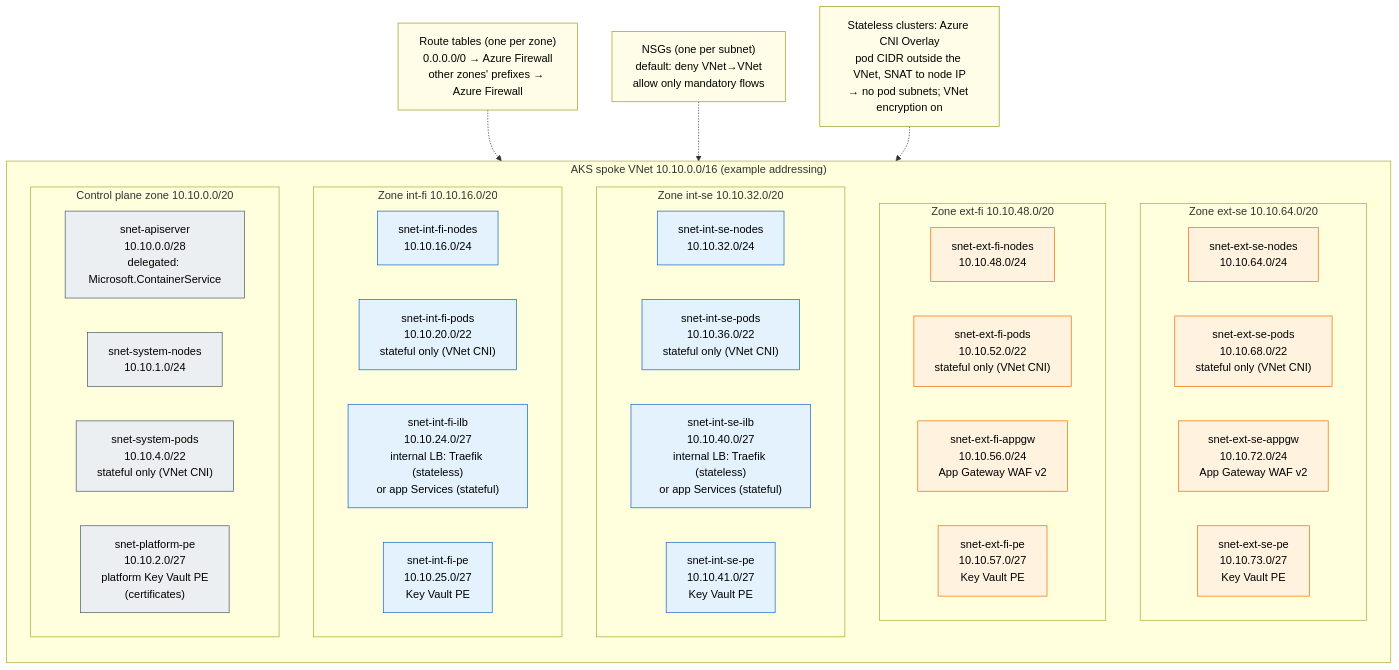
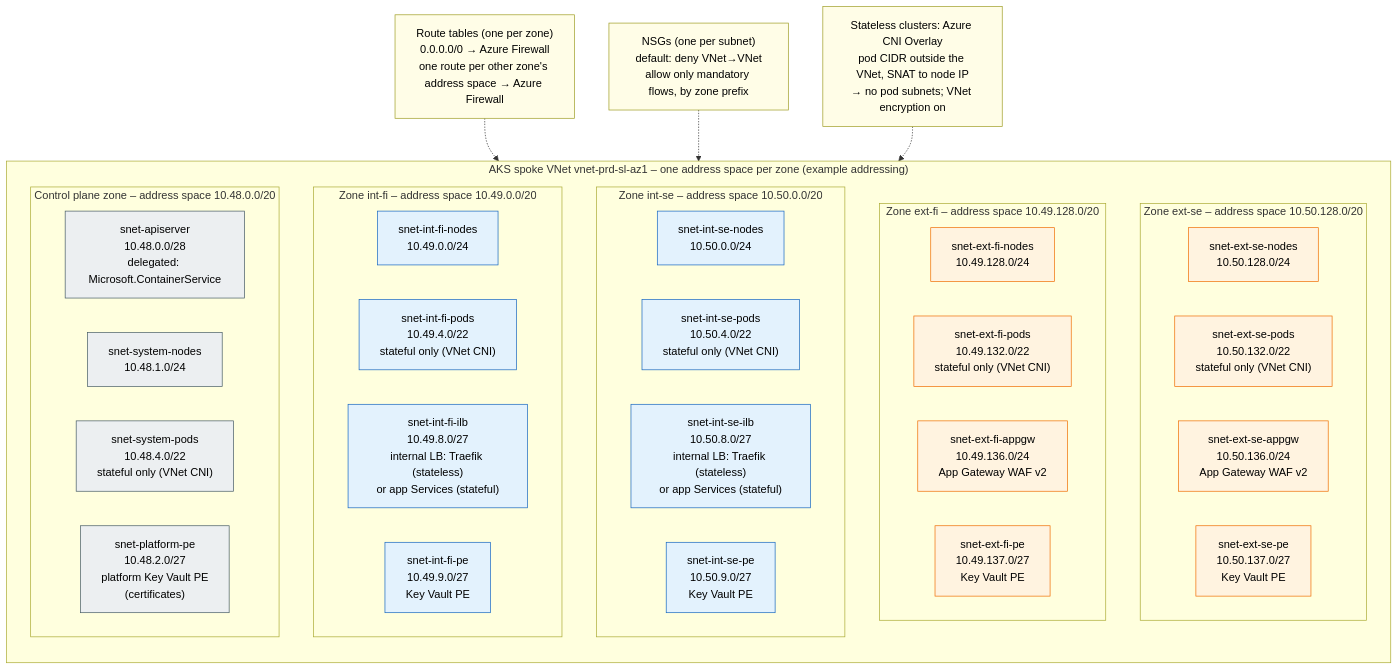
The diagram in diagrams/02-network-subnets.mmd (olljanat-ai/aks-design), drawn with Mermaid before and after one commit. The commit also changed 2 other files, not shown here.

Commit message:
Plan addresses per zone with one VNet address space per zone
Keep one spoke VNet per cluster and give every isolation zone its own
address space, taken from a per-environment /12, per-country /16 and
per-zone /17 plan, so that one prefix describes a zone across all
clusters and new countries can be added online.

Claude-Session: https://claude.ai/code/session_01NR8buaNRQEH92qYGjXJUBX

```diff
--- a/diagrams/02-network-subnets.mmd
+++ b/diagrams/02-network-subnets.mmd
@@ -1,57 +1,58 @@
 %% Subnet layout of the AKS spoke VNet. Every subnet has its own NSG and UDR.
+%% Every zone is its own address space of the VNet, taken from the zone prefix of the address plan (README section 8).
 %% Pod subnets exist only in the stateful cluster (VNet CNI); stateless clusters use Azure CNI Overlay.
 flowchart TB
-    subgraph VNET["AKS spoke VNet 10.10.0.0/16 (example addressing)"]
+    subgraph VNET["AKS spoke VNet vnet-prd-sl-az1 – one address space per zone (example addressing)"]
         direction TB
-        subgraph ESE["Zone ext-se 10.10.64.0/20"]
+        subgraph ESE["Zone ext-se – address space 10.50.128.0/20"]
             direction LR
-            ese_n["snet-ext-se-nodes<br/>10.10.64.0/24"]
-            ese_p["snet-ext-se-pods<br/>10.10.68.0/22<br/>stateful only (VNet CNI)"]
-            ese_i["snet-ext-se-appgw<br/>10.10.72.0/24<br/>App Gateway WAF v2"]
-            ese_pe["snet-ext-se-pe<br/>10.10.73.0/27<br/>Key Vault PE"]
+            ese_n["snet-ext-se-nodes<br/>10.50.128.0/24"]
+            ese_p["snet-ext-se-pods<br/>10.50.132.0/22<br/>stateful only (VNet CNI)"]
+            ese_i["snet-ext-se-appgw<br/>10.50.136.0/24<br/>App Gateway WAF v2"]
+            ese_pe["snet-ext-se-pe<br/>10.50.137.0/27<br/>Key Vault PE"]
         end
-        subgraph EFI["Zone ext-fi 10.10.48.0/20"]
+        subgraph EFI["Zone ext-fi – address space 10.49.128.0/20"]
             direction LR
-            efi_n["snet-ext-fi-nodes<br/>10.10.48.0/24"]
-            efi_p["snet-ext-fi-pods<br/>10.10.52.0/22<br/>stateful only (VNet CNI)"]
-            efi_i["snet-ext-fi-appgw<br/>10.10.56.0/24<br/>App Gateway WAF v2"]
-            efi_pe["snet-ext-fi-pe<br/>10.10.57.0/27<br/>Key Vault PE"]
+            efi_n["snet-ext-fi-nodes<br/>10.49.128.0/24"]
+            efi_p["snet-ext-fi-pods<br/>10.49.132.0/22<br/>stateful only (VNet CNI)"]
+            efi_i["snet-ext-fi-appgw<br/>10.49.136.0/24<br/>App Gateway WAF v2"]
+            efi_pe["snet-ext-fi-pe<br/>10.49.137.0/27<br/>Key Vault PE"]
         end
-        subgraph ISE["Zone int-se 10.10.32.0/20"]
+        subgraph ISE["Zone int-se – address space 10.50.0.0/20"]
             direction LR
-            ise_n["snet-int-se-nodes<br/>10.10.32.0/24"]
-            ise_p["snet-int-se-pods<br/>10.10.36.0/22<br/>stateful only (VNet CNI)"]
-            ise_i["snet-int-se-ilb<br/>10.10.40.0/27<br/>internal LB: Traefik (stateless)<br/>or app Services (stateful)"]
-            ise_pe["snet-int-se-pe<br/>10.10.41.0/27<br/>Key Vault PE"]
+            ise_n["snet-int-se-nodes<br/>10.50.0.0/24"]
+            ise_p["snet-int-se-pods<br/>10.50.4.0/22<br/>stateful only (VNet CNI)"]
+            ise_i["snet-int-se-ilb<br/>10.50.8.0/27<br/>internal LB: Traefik (stateless)<br/>or app Services (stateful)"]
+            ise_pe["snet-int-se-pe<br/>10.50.9.0/27<br/>Key Vault PE"]
         end
-        subgraph IFI["Zone int-fi 10.10.16.0/20"]
+        subgraph IFI["Zone int-fi – address space 10.49.0.0/20"]
             direction LR
-            ifi_n["snet-int-fi-nodes<br/>10.10.16.0/24"]
-            ifi_p["snet-int-fi-pods<br/>10.10.20.0/22<br/>stateful only (VNet CNI)"]
-            ifi_i["snet-int-fi-ilb<br/>10.10.24.0/27<br/>internal LB: Traefik (stateless)<br/>or app Services (stateful)"]
-            ifi_pe["snet-int-fi-pe<br/>10.10.25.0/27<br/>Key Vault PE"]
+            ifi_n["snet-int-fi-nodes<br/>10.49.0.0/24"]
+            ifi_p["snet-int-fi-pods<br/>10.49.4.0/22<br/>stateful only (VNet CNI)"]
+            ifi_i["snet-int-fi-ilb<br/>10.49.8.0/27<br/>internal LB: Traefik (stateless)<br/>or app Services (stateful)"]
+            ifi_pe["snet-int-fi-pe<br/>10.49.9.0/27<br/>Key Vault PE"]
         end
-        subgraph CP["Control plane zone 10.10.0.0/20"]
+        subgraph CP["Control plane zone – address space 10.48.0.0/20"]
             direction LR
-            s_api["snet-apiserver<br/>10.10.0.0/28<br/>delegated: Microsoft.ContainerService"]
-            s_sysn["snet-system-nodes<br/>10.10.1.0/24"]
-            s_sysp["snet-system-pods<br/>10.10.4.0/22<br/>stateful only (VNet CNI)"]
-            s_ppe["snet-platform-pe<br/>10.10.2.0/27<br/>platform Key Vault PE<br/>(certificates)"]
+            s_api["snet-apiserver<br/>10.48.0.0/28<br/>delegated: Microsoft.ContainerService"]
+            s_sysn["snet-system-nodes<br/>10.48.1.0/24"]
+            s_sysp["snet-system-pods<br/>10.48.4.0/22<br/>stateful only (VNet CNI)"]
+            s_ppe["snet-platform-pe<br/>10.48.2.0/27<br/>platform Key Vault PE<br/>(certificates)"]
         end
     end
 
-    rt["Route tables (one per zone)<br/>0.0.0.0/0 → Azure Firewall<br/>other zones' prefixes → Azure Firewall"]
-    nsg["NSGs (one per subnet)<br/>default: deny VNet→VNet<br/>allow only mandatory flows"]
+    rt["Route tables (one per zone)<br/>0.0.0.0/0 → Azure Firewall<br/>one route per other zone's address space → Azure Firewall"]
+    nsg["NSGs (one per subnet)<br/>default: deny VNet→VNet<br/>allow only mandatory flows, by zone prefix"]
     cni["Stateless clusters: Azure CNI Overlay<br/>pod CIDR outside the VNet, SNAT to node IP<br/>→ no pod subnets; VNet encryption on"]
     rt -.-> VNET
     nsg -.-> VNET
     cni -.-> VNET
 
     classDef cp fill:#eceff1,stroke:#455a64,color:#000
     classDef int fill:#e3f2fd,stroke:#1565c0,color:#000
     classDef ext fill:#fff3e0,stroke:#ef6c00,color:#000
     classDef note fill:#fffde7,stroke:#9e9d24,color:#000
     class s_api,s_sysn,s_sysp,s_ppe cp
     class ifi_n,ifi_p,ifi_i,ifi_pe,ise_n,ise_p,ise_i,ise_pe int
     class efi_n,efi_p,efi_i,efi_pe,ese_n,ese_p,ese_i,ese_pe ext
     class rt,nsg,cni note
```
